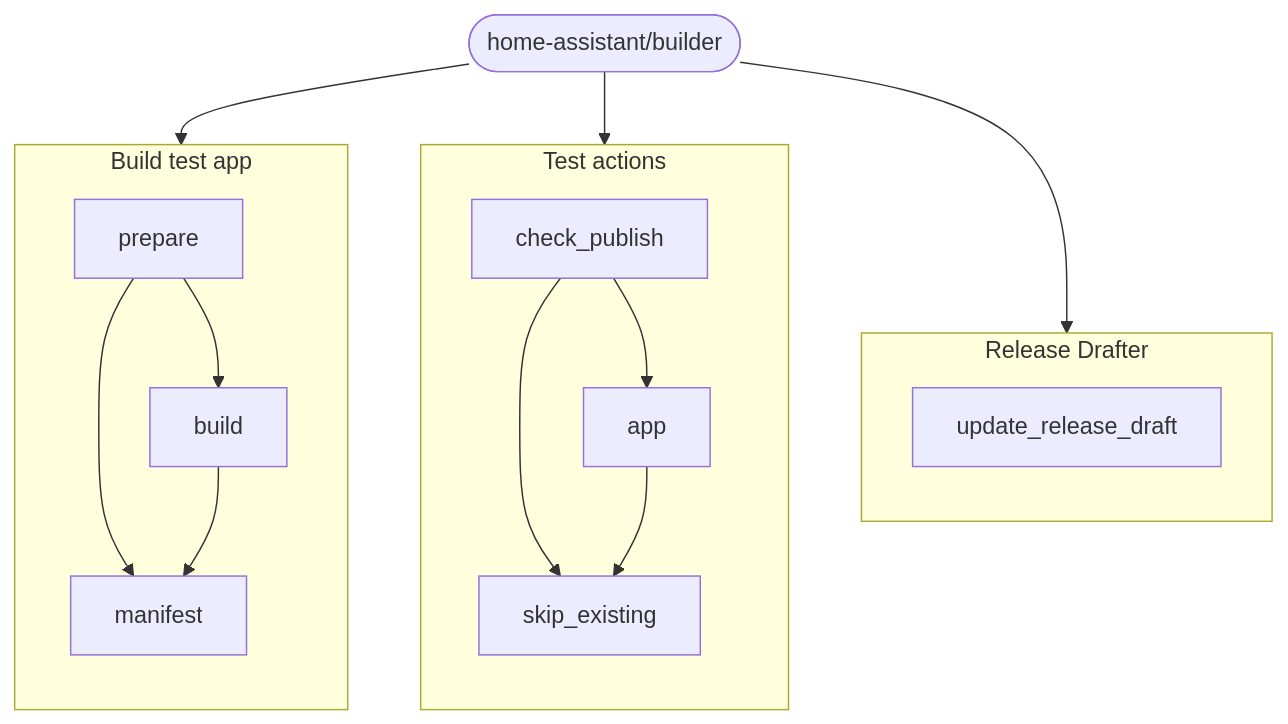
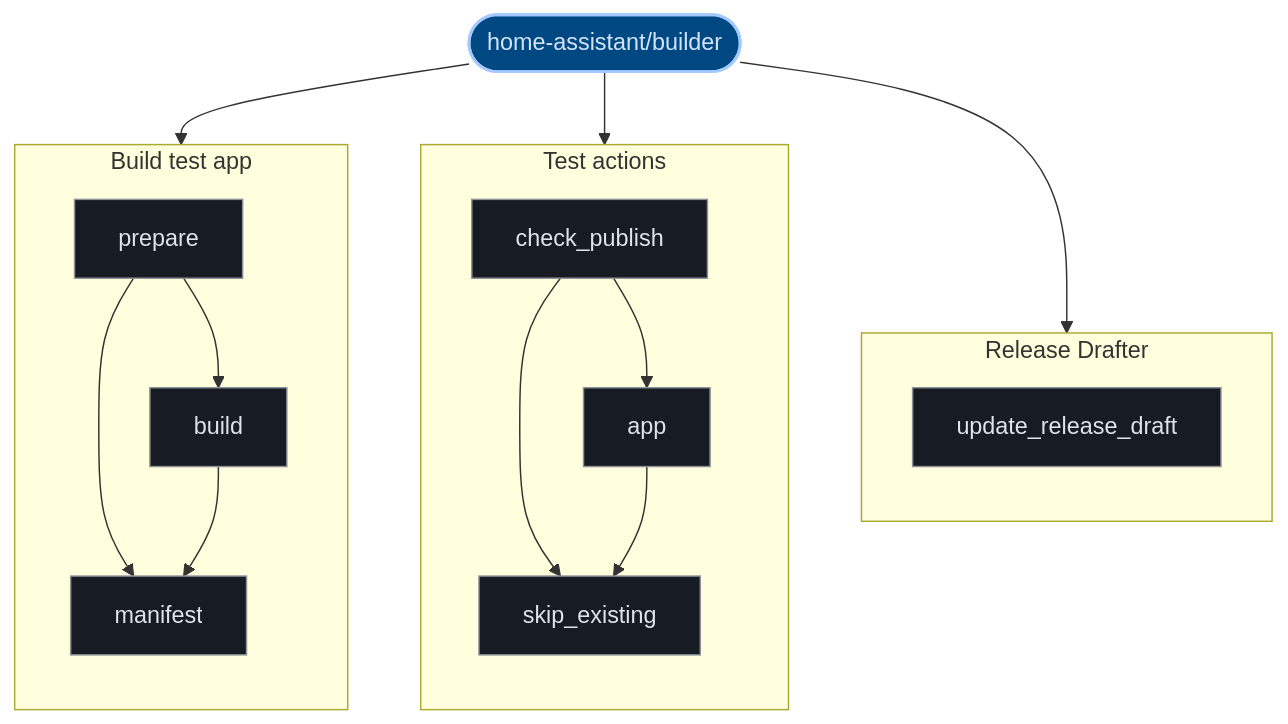
The third of 3 diagrams in exports/latest/reports/home-assistant-builder-report.md (kumarshaz/atruss-code-atlas), drawn with Mermaid before and after one commit. The commit also changed other lines of this file and 331 other files, not shown here.

Commit message:
docs,ui,fix: update SDLC docs, reorder CI/CD DAG first, stylize Mermaid, and fix Arc42 pipeline topology

````diff
--- a/exports/latest/reports/home-assistant-builder-report.md
+++ b/exports/latest/reports/home-assistant-builder-report.md
@@ -114,29 +125,36 @@
 ```mermaid
 graph TD;
-  pipeline_root(["home-assistant/builder"])
+  classDef atlasRoot fill:#004882,stroke:#a3c9ff,stroke-width:2px,color:#d3e4ff
+  classDef atlasCategory fill:#212428,stroke:#E87A48,stroke-width:1.5px,color:#dfe3eb
+  classDef atlasWorkflow fill:#1b2026,stroke:#a3c9ff,stroke-width:1.5px,color:#dfe3eb
+  classDef atlasJob fill:#171c22,stroke:#8d9199,stroke-width:1px,color:#dfe3eb
+  classDef atlasTarget fill:#005227,stroke:#8bd99b,stroke-width:1.5px,color:#a7f6b6
+  classDef atlasAlert fill:#93000a,stroke:#ffb4ab,stroke-width:1.5px,color:#ffdad6
+  classDef atlasMore fill:#252a31,stroke:#8d9199,stroke-dasharray:4 4,color:#c3c6cf
+  pipeline_root(["home-assistant/builder"]):::atlasRoot
   subgraph Release_Drafter_0["Release Drafter"]
     direction TB
-    0_update_release_draft["update_release_draft"]
+    0_update_release_draft["update_release_draft"]:::atlasJob
   end
   pipeline_root --> 0_update_release_draft
   subgraph Test_actions_1["Test actions"]
     direction TB
-    1_check_publish["check_publish"]
-    1_app["app"]
+    1_check_publish["check_publish"]:::atlasJob
+    1_app["app"]:::atlasJob
     1_check_publish --> 1_app
-    1_skip_existing["skip_existing"]
+    1_skip_existing["skip_existing"]:::atlasJob
     1_check_publish --> 1_skip_existing
     1_app --> 1_skip_existing
   end
   pipeline_root --> 1_check_publish
   subgraph Build_test_app_2["Build test app"]
     direction TB
-    2_prepare["prepare"]
-    2_build["build"]
+    2_prepare["prepare"]:::atlasJob
+    2_build["build"]:::atlasJob
     2_prepare --> 2_build
-    2_manifest["manifest"]
+    2_manifest["manifest"]:::atlasJob
     2_prepare --> 2_manifest
     2_build --> 2_manifest
   end
   pipeline_root --> 2_prepare
 ```
````
